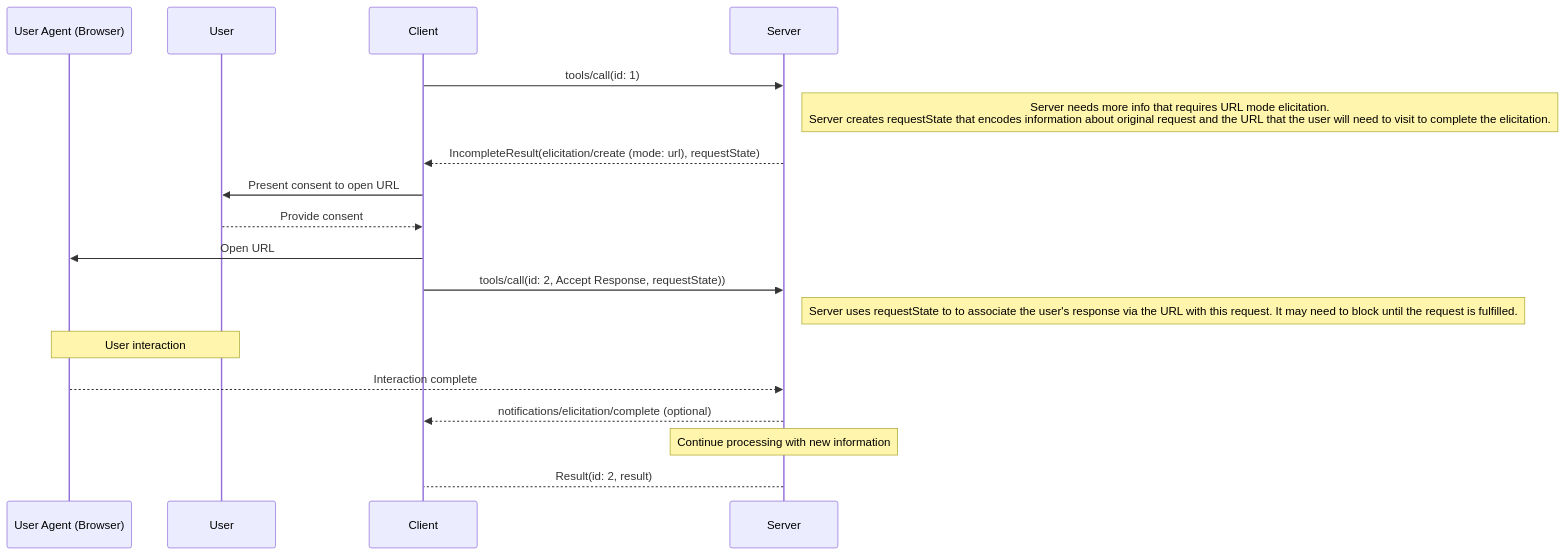
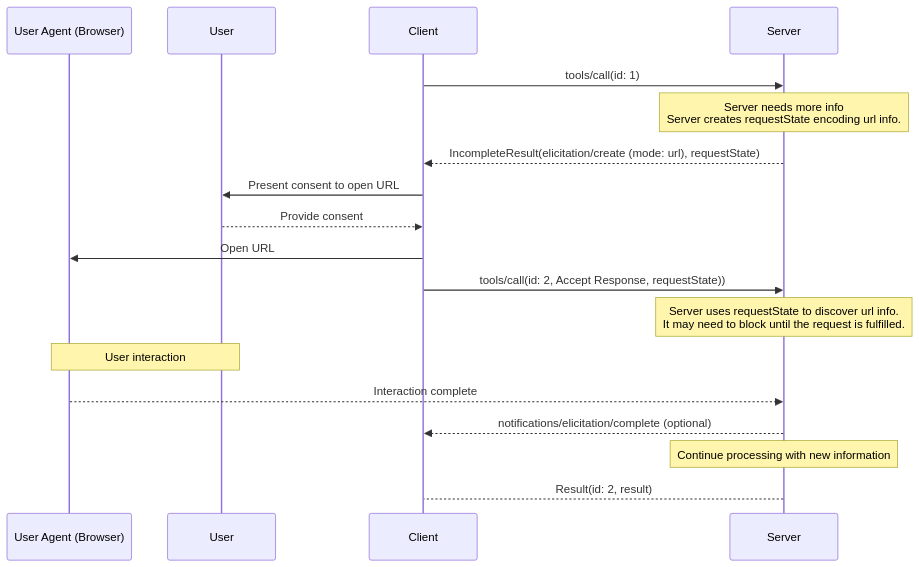
One commit to modelcontextprotocol/modelcontextprotocol changed the second of 3 diagrams in docs/specification/draft/client/elicitation.mdx. Above: the diagram before and after it, drawn with Mermaid. The commit also changed other lines of this file and 1 other file, not shown here.

Commit message:
update elicitation diagrams and roots page

````diff
--- a/docs/specification/draft/client/elicitation.mdx
+++ b/docs/specification/draft/client/elicitation.mdx
@@ -465,25 +465,25 @@
 ```mermaid
 sequenceDiagram
     participant UserAgent as User Agent (Browser)
     participant User
     participant Client
     participant Server
 
     Client->>Server: tools/call(id: 1)
-    Note right of Server: Server needs more info that requires URL mode elicitation. <br/> Server creates requestState that encodes information about original request and the URL that the user will need to visit to complete the elicitation.
+    Note over Server: Server needs more info <br/> Server creates requestState encoding url info.
     Server-->>Client: IncompleteResult(elicitation/create (mode: url), requestState)
 
     Client->>User: Present consent to open URL
     User-->>Client: Provide consent
 
     Client->>UserAgent: Open URL
     Client->>Server: tools/call(id: 2, Accept Response, requestState))
-    Note right of Server: Server uses requestState to to associate the user's response via the URL with this request. It may need to block until the request is fulfilled.
+    Note over Server: Server uses requestState to discover url info. <br/> It may need to block until the request is fulfilled.
 
     Note over User,UserAgent: User interaction
     UserAgent-->>Server: Interaction complete
     Server-->>Client: notifications/elicitation/complete (optional)
 
     Note over Server: Continue processing with new information
     Server-->Client: Result(id: 2, result)
 ```
````
